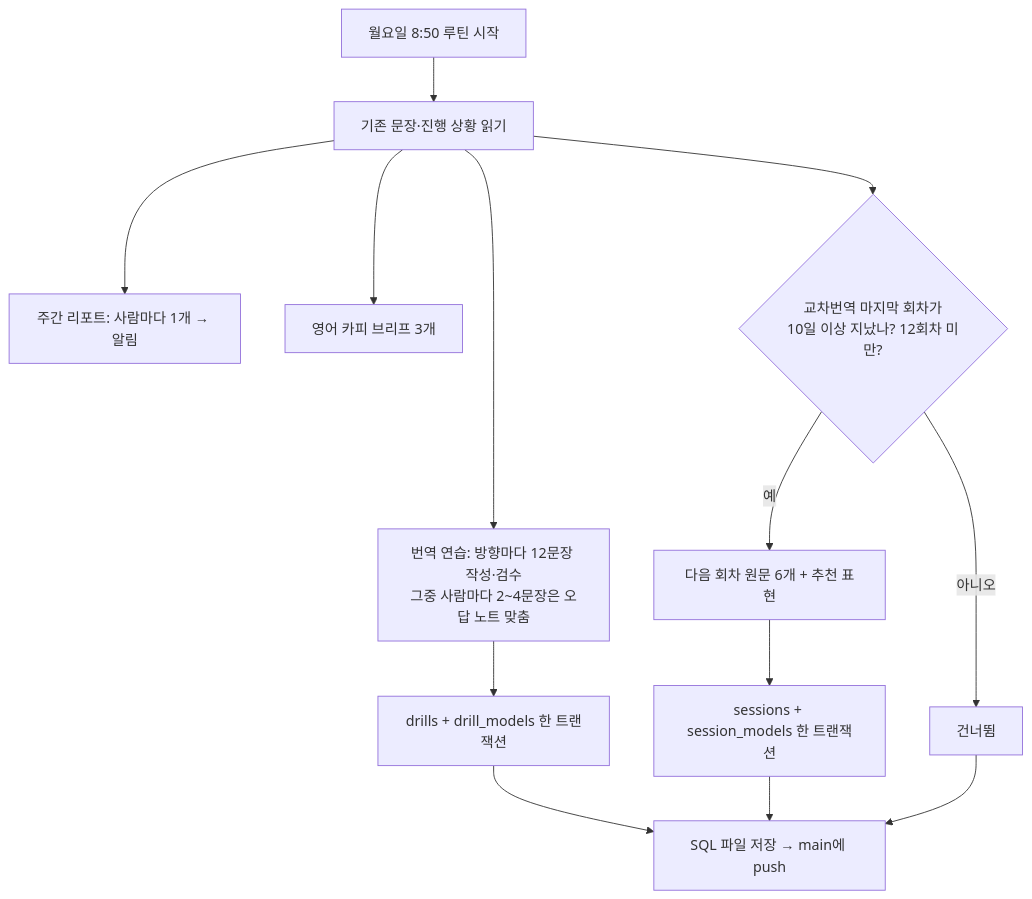
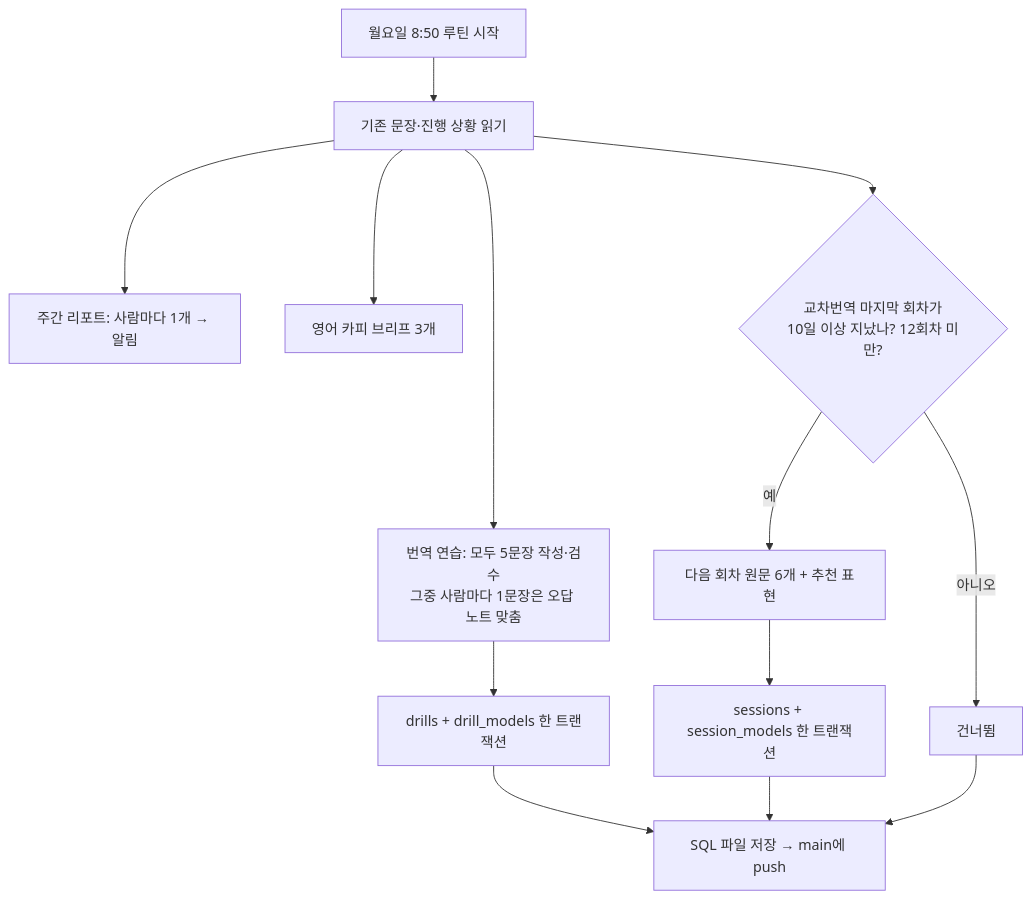
Before and after one commit to GooseyBee/root-register: the diagram in notes/routines/weekly-content.md, drawn with Mermaid. The commit also changed other lines of this file and 5 other files, not shown here.

````diff
--- a/notes/routines/weekly-content.md
+++ b/notes/routines/weekly-content.md
@@ -9,15 +9,15 @@
 ```mermaid
 flowchart TD
   S[월요일 8:50 루틴 시작] --> R[기존 문장·진행 상황 읽기]
-  R --> D[번역 연습: 방향마다 12문장 작성·검수<br/>그중 사람마다 2~4문장은 오답 노트 맞춤]
+  R --> D[번역 연습: 모두 5문장 작성·검수<br/>그중 사람마다 1문장은 오답 노트 맞춤]
   R --> RP[주간 리포트: 사람마다 1개 → 알림]
   R --> CB[영어 카피 브리프 3개]
   D --> I1[drills + drill_models 한 트랜잭션]
   R --> Q{교차번역 마지막 회차가<br/>10일 이상 지났나? 12회차 미만?}
   Q -->|예| X[다음 회차 원문 6개 + 추천 표현]
   X --> I2[sessions + session_models 한 트랜잭션]
   Q -->|아니오| K[건너뜀]
   I1 --> F[SQL 파일 저장 → main에 push]
   I2 --> F
   K --> F
 ```
````
